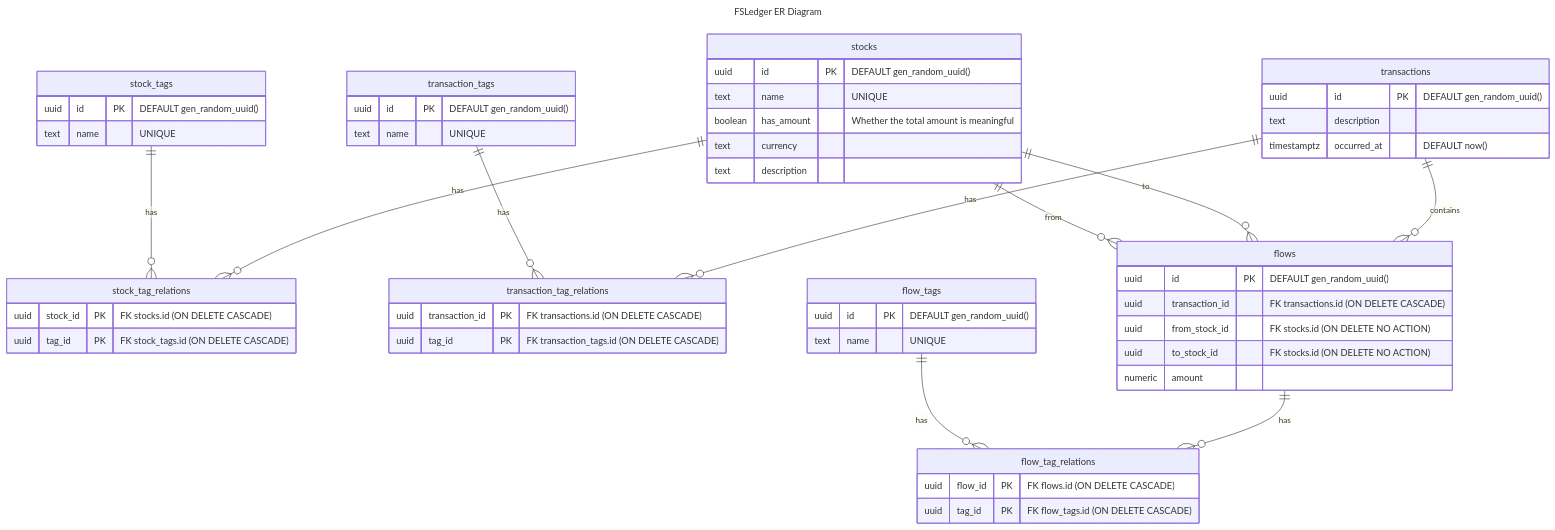
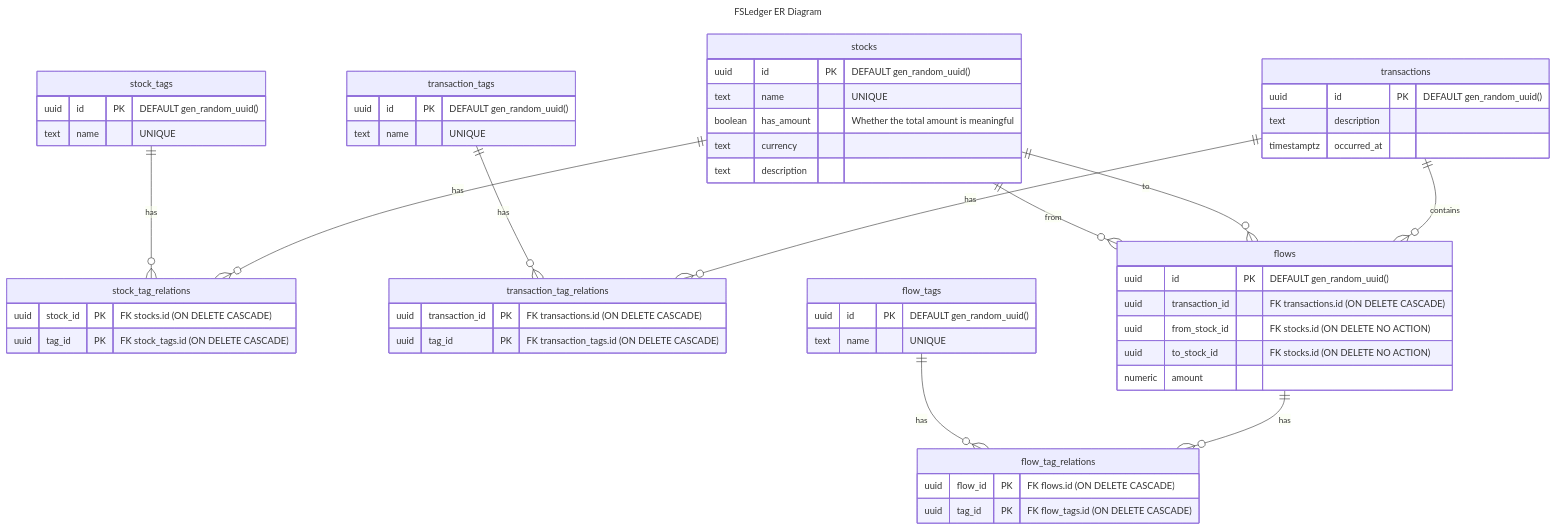
Before and after one commit to M-Haruki/fsledger: the diagram in README.md, drawn with Mermaid. The commit also changed 1 other file, not shown here.

Commit message:
fix db migration

````diff
--- a/README.md
+++ b/README.md
@@ -16,71 +16,71 @@
 ```mermaid
 ---
 title: "FSLedger ER Diagram"
 ---
 
 erDiagram
     stocks{
         uuid id PK "DEFAULT gen_random_uuid()"
         text name "UNIQUE"
         boolean has_amount "Whether the total amount is meaningful"
         text currency
         text description
     }
 
     stock_tags{
         uuid id PK "DEFAULT gen_random_uuid()"
         text name "UNIQUE"
     }
 
     stock_tag_relations{
         uuid stock_id PK "FK stocks.id (ON DELETE CASCADE)"
         uuid tag_id PK "FK stock_tags.id (ON DELETE CASCADE)"
     }
     
     transactions{
         uuid id PK "DEFAULT gen_random_uuid()"
         text description
-        timestamptz occurred_at "DEFAULT now()"
+        timestamptz occurred_at
     }
 
     transaction_tags{
         uuid id PK "DEFAULT gen_random_uuid()"
         text name "UNIQUE"
     }
 
     transaction_tag_relations{
         uuid transaction_id PK "FK transactions.id (ON DELETE CASCADE)"
         uuid tag_id PK "FK transaction_tags.id (ON DELETE CASCADE)"
     }
 
     flows{
         uuid id PK "DEFAULT gen_random_uuid()"
         uuid transaction_id "FK transactions.id (ON DELETE CASCADE)"
         uuid from_stock_id "FK stocks.id (ON DELETE NO ACTION)"
         uuid to_stock_id "FK stocks.id (ON DELETE NO ACTION)"
         numeric amount
     }
 
     flow_tags{
         uuid id PK "DEFAULT gen_random_uuid()"
         text name "UNIQUE"
     }
 
     flow_tag_relations{
         uuid flow_id PK "FK flows.id (ON DELETE CASCADE)"
         uuid tag_id PK "FK flow_tags.id (ON DELETE CASCADE)"
     }
 
     stocks ||--o{ stock_tag_relations : has
     stock_tags ||--o{ stock_tag_relations : has
 
     transactions ||--o{ transaction_tag_relations : has
     transaction_tags ||--o{ transaction_tag_relations : has
 
     flows ||--o{ flow_tag_relations : has
     flow_tags ||--o{ flow_tag_relations : has
 
     transactions ||--o{ flows : contains
     stocks ||--o{ flows : "to"
     stocks ||--o{ flows : "from"
 ```
````
